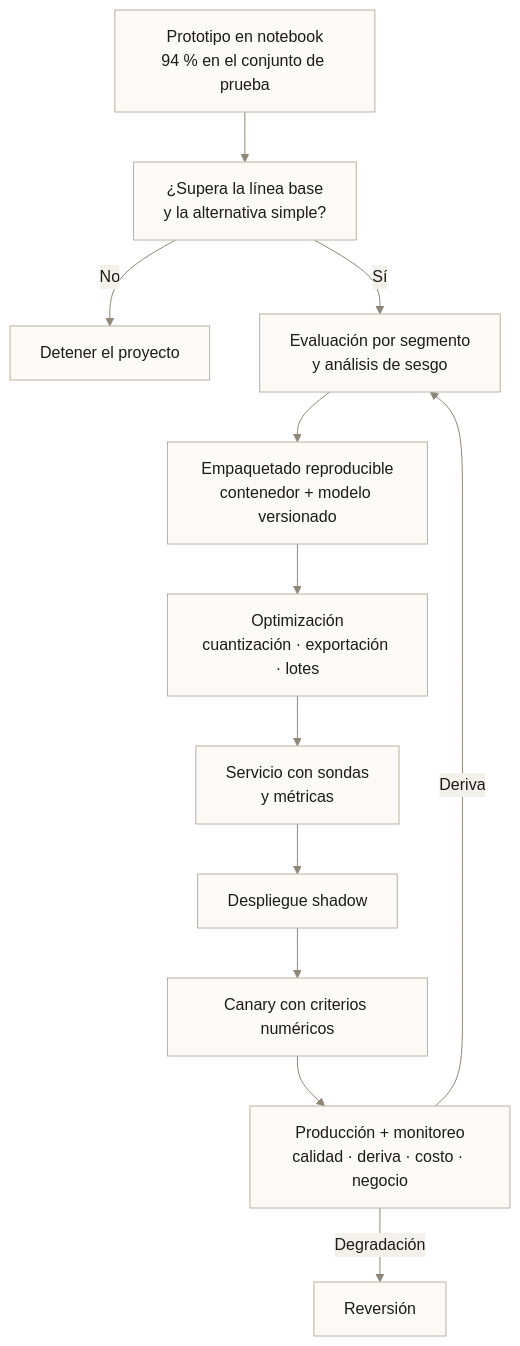
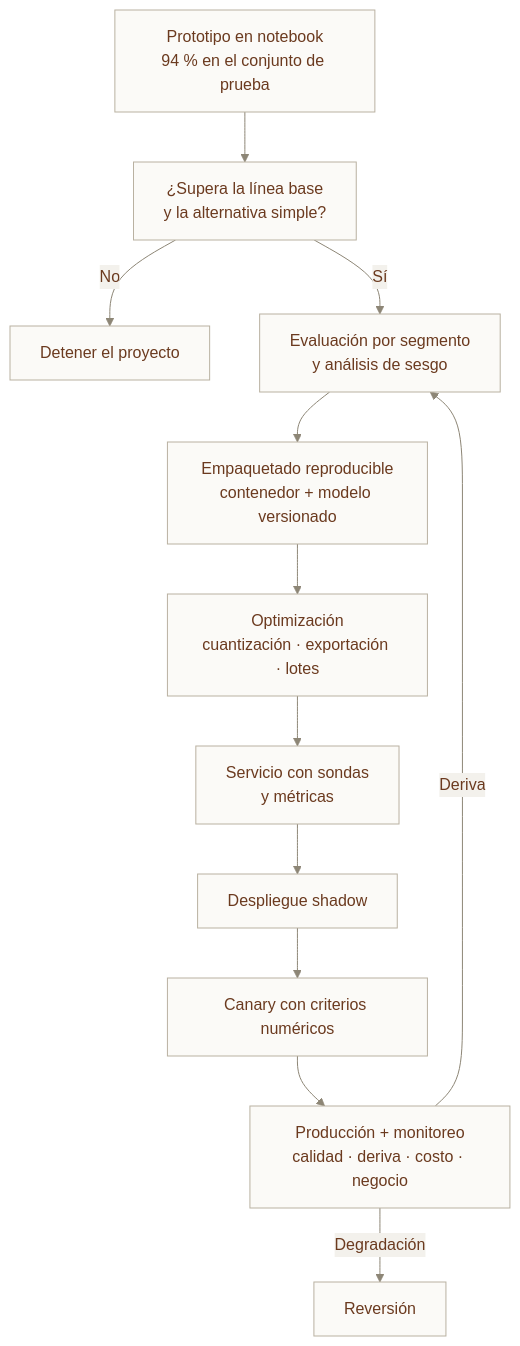
The diagram in docs/modulos/12-vision-aplicaciones.md (danielxxi/cloud-and-IA-para-todos), drawn with Mermaid before and after one commit. The commit also changed 22 other files, not shown here.

First line of the commit message:
feat(diagramas): lupa en todos los graficos y tinta cafe oscura en las etiquetas

````diff
--- a/docs/modulos/12-vision-aplicaciones.md
+++ b/docs/modulos/12-vision-aplicaciones.md
@@ -233,16 +233,16 @@
 ```mermaid
-%%{init:{"theme":"base","themeVariables":{"fontFamily":"Inter, sans-serif","darkMode":false,"background":"#f3f1ec","mainBkg":"#fbfaf7","primaryColor":"#fbfaf7","primaryTextColor":"#1c1b19","primaryBorderColor":"#b9b1a1","secondaryColor":"#ead9ba","secondaryTextColor":"#1c1b19","secondaryBorderColor":"#b9b1a1","tertiaryColor":"#c2d4cb","tertiaryTextColor":"#1c1b19","tertiaryBorderColor":"#b9b1a1","lineColor":"#8d8676","textColor":"#1c1b19","nodeTextColor":"#1c1b19","nodeBorder":"#b9b1a1","labelTextColor":"#1c1b19","titleColor":"#1c1b19","edgeLabelBackground":"#f3f1ec","clusterBkg":"#efece4","clusterBorder":"#d8d2c6","cScale0":"#e2a98c","cScaleLabel0":"#1c1b19","cScale1":"#bdb6e6","cScaleLabel1":"#1c1b19","cScale2":"#e8d9b6","cScaleLabel2":"#1c1b19","cScale3":"#b5d0c3","cScaleLabel3":"#1c1b19","cScale4":"#e6cfc0","cScaleLabel4":"#1c1b19","cScale5":"#cddcea","cScaleLabel5":"#1c1b19"}}}%%
+%%{init:{"theme":"base","themeVariables":{"fontFamily":"Inter, sans-serif","darkMode":false,"background":"#f3f1ec","mainBkg":"#fbfaf7","primaryColor":"#fbfaf7","primaryTextColor":"#6b3a1f","primaryBorderColor":"#b9b1a1","secondaryColor":"#ead9ba","secondaryTextColor":"#6b3a1f","secondaryBorderColor":"#b9b1a1","tertiaryColor":"#c2d4cb","tertiaryTextColor":"#6b3a1f","tertiaryBorderColor":"#b9b1a1","lineColor":"#8d8676","textColor":"#6b3a1f","nodeTextColor":"#6b3a1f","nodeBorder":"#b9b1a1","labelTextColor":"#6b3a1f","titleColor":"#6b3a1f","edgeLabelBackground":"#f3f1ec","clusterBkg":"#efece4","clusterBorder":"#d8d2c6","cScale0":"#e2a98c","cScaleLabel0":"#6b3a1f","cScale1":"#bdb6e6","cScaleLabel1":"#6b3a1f","cScale2":"#e8d9b6","cScaleLabel2":"#6b3a1f","cScale3":"#b5d0c3","cScaleLabel3":"#6b3a1f","cScale4":"#e6cfc0","cScaleLabel4":"#6b3a1f","cScale5":"#cddcea","cScaleLabel5":"#6b3a1f"}}}%%
 flowchart TB
     A["Prototipo en notebook<br/>94 % en el conjunto de prueba"] --> B["¿Supera la línea base<br/>y la alternativa simple?"]
     B -->|No| Z["Detener el proyecto"]
     B -->|Sí| C["Evaluación por segmento<br/>y análisis de sesgo"]
     C --> D["Empaquetado reproducible<br/>contenedor + modelo versionado"]
     D --> E["Optimización<br/>cuantización · exportación · lotes"]
     E --> F["Servicio con sondas<br/>y métricas"]
     F --> G["Despliegue shadow"]
     G --> H["Canary con criterios numéricos"]
     H --> I["Producción + monitoreo<br/>calidad · deriva · costo · negocio"]
     I -->|Deriva| C
     I -->|Degradación| J["Reversión"]
-    classDef default fill:#fbfaf7,stroke:#b9b1a1,stroke-width:1px,color:#1c1b19;
+    classDef default fill:#fbfaf7,stroke:#b9b1a1,stroke-width:1px,color:#6b3a1f;
 ```
````
